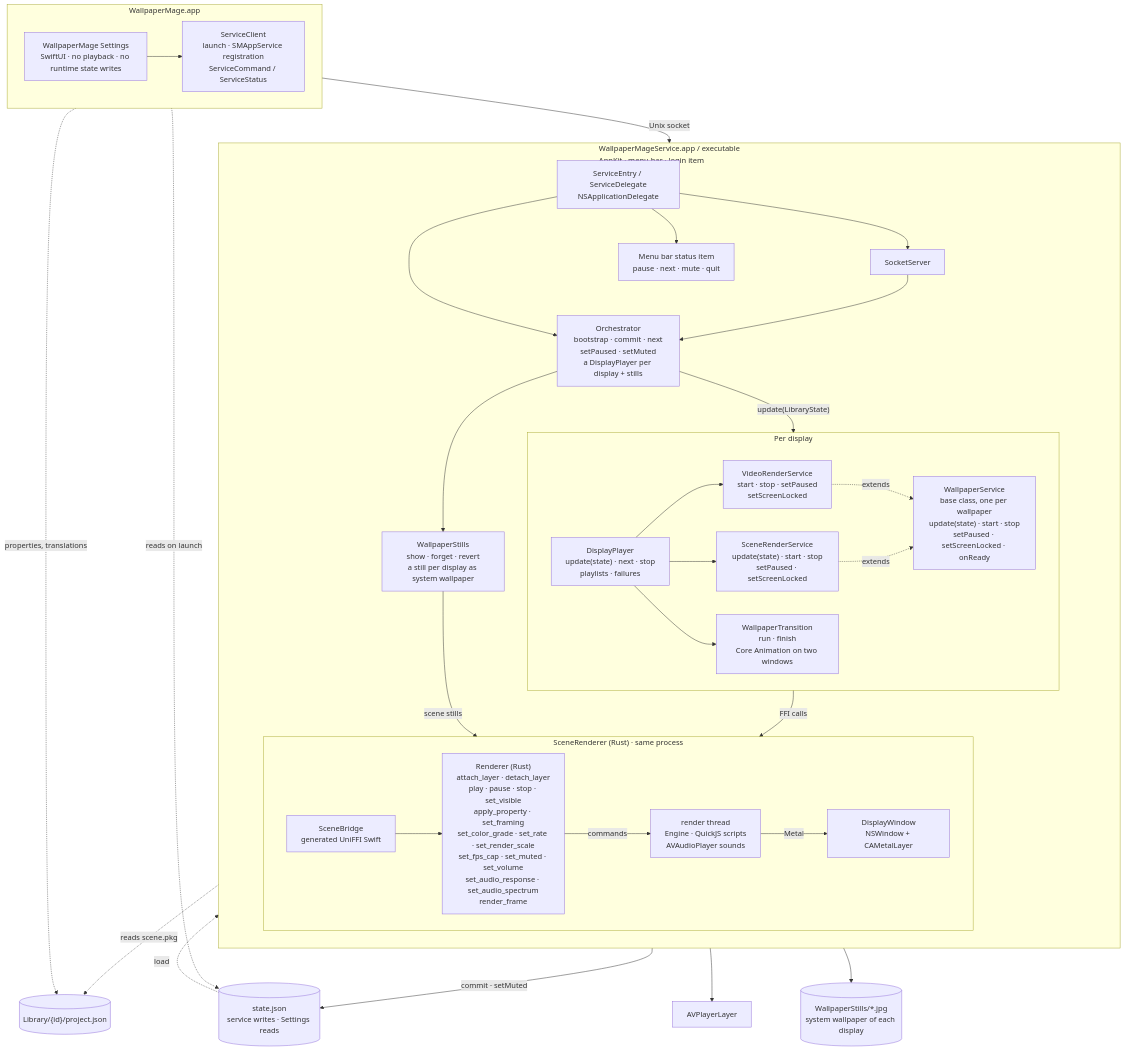
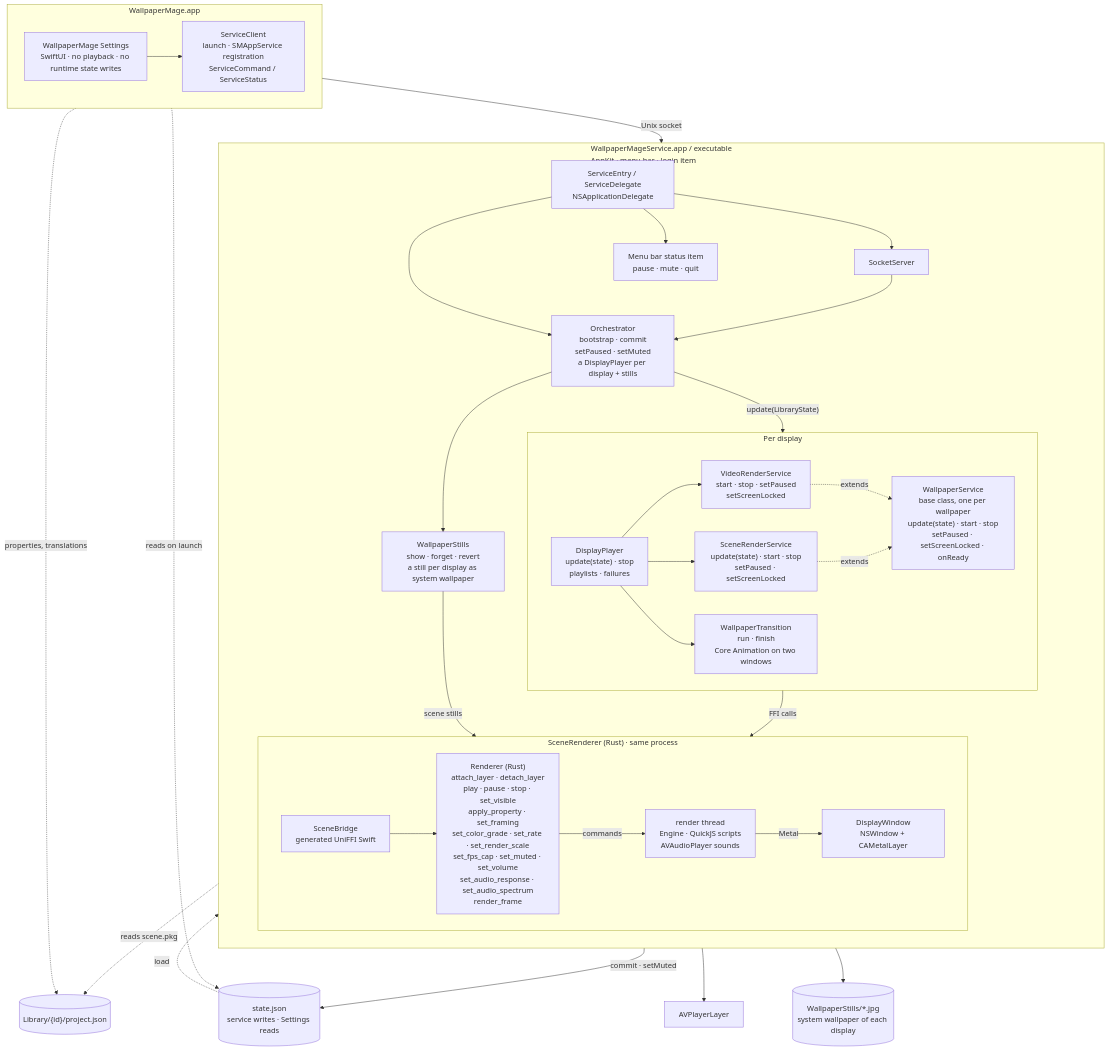
One commit to Keksuccino/LiveWallpaper changed the diagram in ARCHITECTURE.md. Above: the diagram before and after it, drawn with Mermaid. The commit also changed 6 other files, not shown here.

Commit message:
Remove the Next Wallpaper menu item and command

````diff
--- a/ARCHITECTURE.md
+++ b/ARCHITECTURE.md
@@ -14,66 +14,66 @@
 ```mermaid
 flowchart TB
     subgraph APP["WallpaperMage.app"]
         direction LR
         UI["WallpaperMage Settings<br/>SwiftUI · no playback · no runtime state writes"]
         CLIENT["ServiceClient<br/>launch · SMAppService registration<br/>ServiceCommand / ServiceStatus"]
         UI --> CLIENT
     end
 
     subgraph SERVICE["WallpaperMageService.app / executable<br/>AppKit · menu bar · login item"]
         direction TB
         ENTRY["ServiceEntry / ServiceDelegate<br/>NSApplicationDelegate"]
         SOCK["SocketServer"]
-        ORCH["Orchestrator<br/>bootstrap · commit · next<br/>setPaused · setMuted<br/>a DisplayPlayer per display + stills"]
-        MENU["Menu bar status item<br/>pause · next · mute · quit"]
+        ORCH["Orchestrator<br/>bootstrap · commit<br/>setPaused · setMuted<br/>a DisplayPlayer per display + stills"]
+        MENU["Menu bar status item<br/>pause · mute · quit"]
 
         subgraph PLAY["Per display"]
             direction LR
-            PLAYER["DisplayPlayer<br/>update(state) · next · stop<br/>playlists · failures"]
+            PLAYER["DisplayPlayer<br/>update(state) · stop<br/>playlists · failures"]
             TRANS["WallpaperTransition<br/>run · finish<br/>Core Animation on two windows"]
             BASE["WallpaperService<br/>base class, one per wallpaper<br/>update(state) · start · stop<br/>setPaused · setScreenLocked · onReady"]
             VIDEO["VideoRenderService<br/>start · stop · setPaused<br/>setScreenLocked"]
             SCENE["SceneRenderService<br/>update(state) · start · stop<br/>setPaused · setScreenLocked"]
         end
         STILLS["WallpaperStills<br/>show · forget · revert<br/>a still per display as system wallpaper"]
 
         subgraph RUST["SceneRenderer (Rust) · same process"]
             direction LR
             FFI["SceneBridge<br/>generated UniFFI Swift"]
             API["Renderer (Rust)<br/>attach_layer · detach_layer<br/>play · pause · stop · set_visible<br/>apply_property · set_framing<br/>set_color_grade · set_rate · set_render_scale<br/>set_fps_cap · set_muted · set_volume<br/>set_audio_response · set_audio_spectrum<br/>render_frame"]
             THREAD["render thread<br/>Engine · QuickJS scripts<br/>AVAudioPlayer sounds"]
             WINDOW["DisplayWindow<br/>NSWindow + CAMetalLayer"]
         end
 
         ENTRY --> SOCK
         ENTRY --> ORCH
         ENTRY --> MENU
         SOCK --> ORCH
         ORCH -->|"update(LibraryState)"| PLAYER
         PLAYER --> VIDEO
         PLAYER --> SCENE
         PLAYER --> TRANS
         ORCH --> STILLS
         STILLS -->|"scene stills"| FFI
         VIDEO -.->|extends| BASE
         SCENE -.->|extends| BASE
         SCENE -->|"FFI calls"| FFI
         FFI --> API
         API -->|"commands"| THREAD
         THREAD -->|"Metal"| WINDOW
     end
 
     STATE[("state.json<br/>service writes · Settings reads")]
     PROJECT[("Library/{id}/project.json")]
     STILLFILES[("WallpaperStills/*.jpg<br/>system wallpaper of each display")]
     AV["AVPlayerLayer"]
 
     CLIENT -->|"Unix socket"| SOCK
     UI -.->|"reads on launch"| STATE
     UI -.->|"properties, translations"| PROJECT
     ORCH -->|"commit · setMuted"| STATE
     STATE -.->|"load"| ORCH
     THREAD -.->|"reads scene.pkg"| PROJECT
     VIDEO --> AV
     STILLS --> STILLFILES
 ```
````
